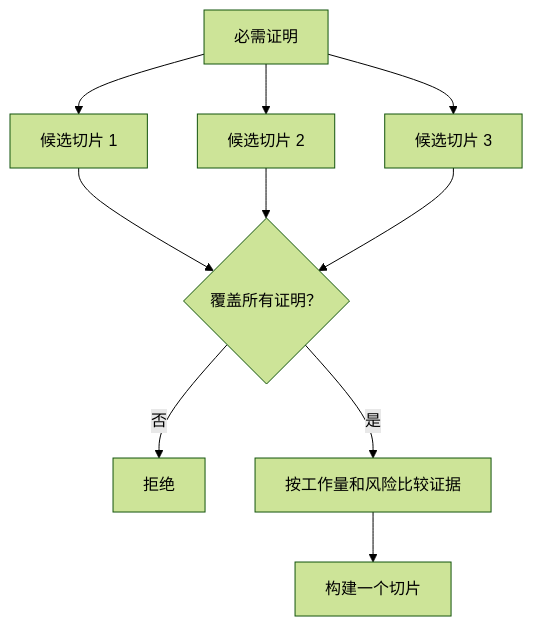
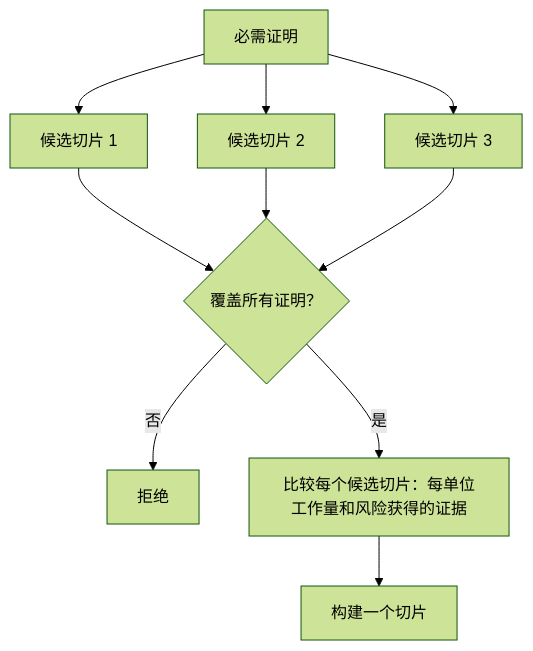
The diagram in content/translations/practice/14-agent-engineering/50-choose-the-smallest-testable-slice/zh.md (huangyue12120/Learning-Atlas), drawn with Mermaid (forest theme) before and after one commit. The commit also changed other lines of this file and 305 other files, not shown here.

````diff
--- a/content/translations/practice/14-agent-engineering/50-choose-the-smallest-testable-slice/zh.md
+++ b/content/translations/practice/14-agent-engineering/50-choose-the-smallest-testable-slice/zh.md
@@ -54,12 +54,12 @@
 ```mermaid
 flowchart TD
   R[必需证明] --> C1[候选切片 1]
   R --> C2[候选切片 2]
   R --> C3[候选切片 3]
   C1 --> G{覆盖所有证明？}
   C2 --> G
   C3 --> G
   G -->|否| X[拒绝]
-  G -->|是| S[按工作量和风险比较证据]
+  G -->|是| S[比较每个候选切片：每单位工作量和风险获得的证据]
   S --> B[构建一个切片]
 ```
````
